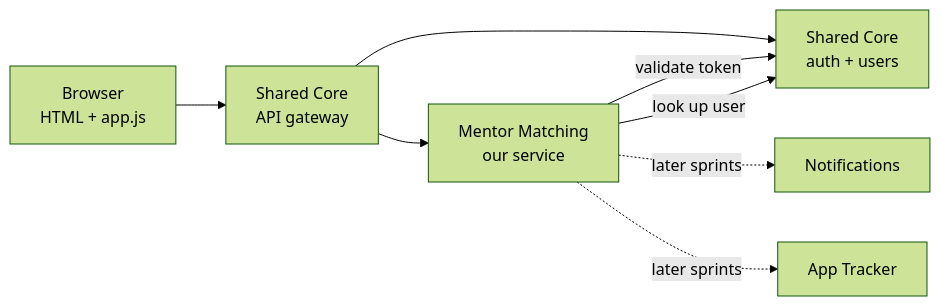
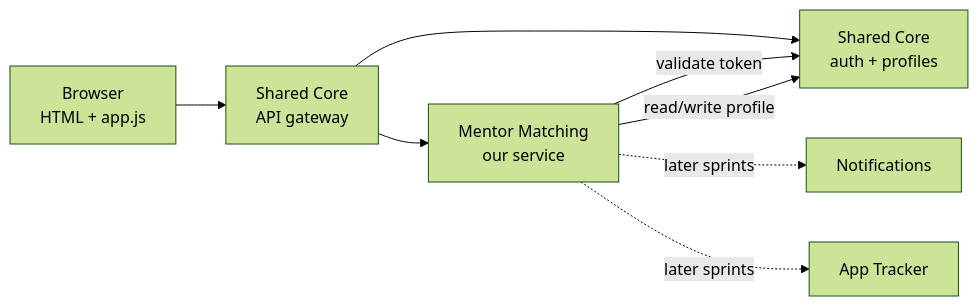
The first of 3 diagrams in docs/architecture.md (gmu-cs321-fall2026/Mentor_Matching), drawn with Mermaid (forest theme) before and after one commit. The commit also changed other lines of this file and 4 other files, not shown here.

Commit message:
Added the Architecture Files

````diff
--- a/docs/architecture.md
+++ b/docs/architecture.md
@@ -22,10 +22,10 @@
 ```mermaid
 flowchart LR
   B[Browser<br/>HTML + app.js] --> G[Shared Core<br/>API gateway]
   G --> MM[Mentor Matching<br/>our service]
-  G --> A[Shared Core<br/>auth + users]
+  G --> A[Shared Core<br/>auth + profiles]
   MM -- validate token --> A
-  MM -- look up user --> A
+  MM -- read/write profile --> A
   MM -. later sprints .-> N[Notifications]
   MM -. later sprints .-> T[App Tracker]
 ```
````
